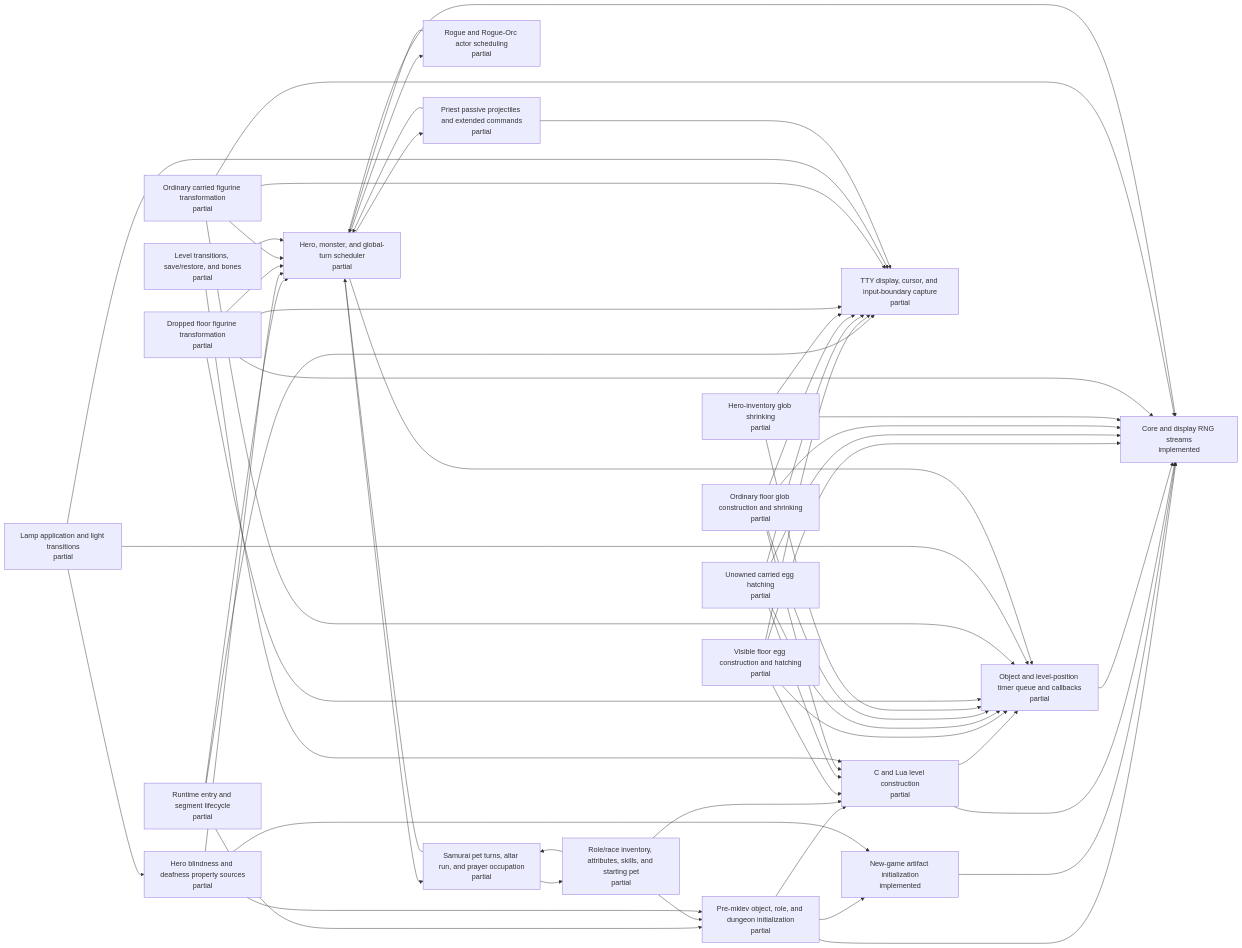
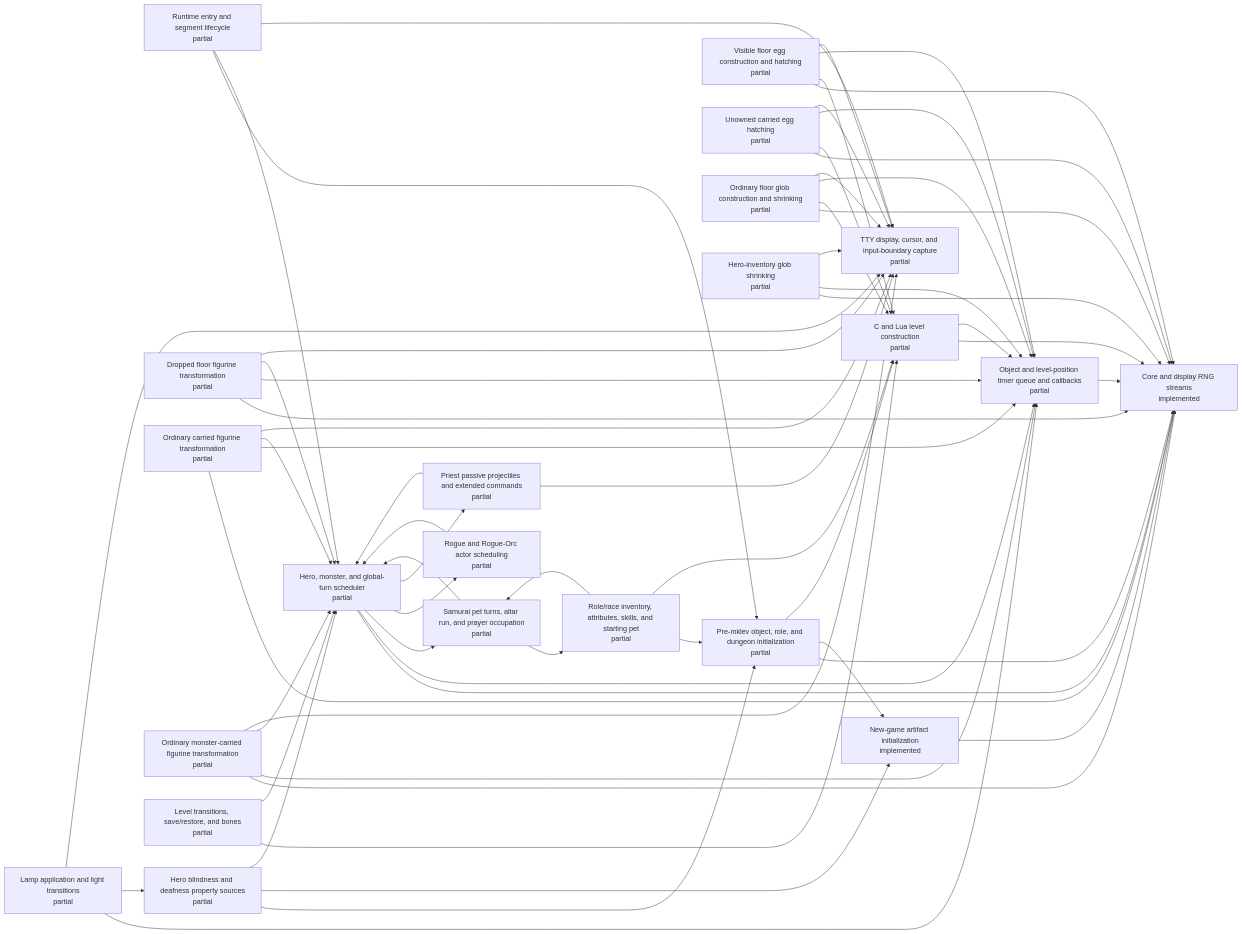
Before and after one commit to daoa0601/teleport-contest: the diagram in docs/architecture/c-lua-ownership.generated.md, drawn with Mermaid. The commit also changed other lines of this file and 3 other files, not shown here.

Commit message:
Record monster figurine carrier ownership

```diff
--- a/docs/architecture/c-lua-ownership.generated.md
+++ b/docs/architecture/c-lua-ownership.generated.md
@@ -24,6 +24,7 @@
     n_inventory_glob_shrinking["Hero-inventory glob shrinking<br/>partial"]
     n_floor_figurine_transform["Dropped floor figurine transformation<br/>partial"]
     n_carried_figurine_transform["Ordinary carried figurine transformation<br/>partial"]
+    n_monster_figurine_transform["Ordinary monster-carried figurine transformation<br/>partial"]
     n_timed_lamp_application["Lamp application and light transitions<br/>partial"]
     n_turn_scheduler["Hero, monster, and global-turn scheduler<br/>partial"]
     n_samurai_pet_turns["Samurai pet turns, altar run, and prayer occupation<br/>partial"]
@@ -70,6 +71,10 @@
     n_carried_figurine_transform --> n_object_timer_queue
     n_carried_figurine_transform --> n_turn_scheduler
     n_carried_figurine_transform --> n_tty_display
+    n_monster_figurine_transform --> n_rng_core
+    n_monster_figurine_transform --> n_object_timer_queue
+    n_monster_figurine_transform --> n_turn_scheduler
+    n_monster_figurine_transform --> n_tty_display
     n_timed_lamp_application --> n_object_timer_queue
     n_timed_lamp_application --> n_hero_sensory_properties
     n_timed_lamp_application --> n_tty_display
```
